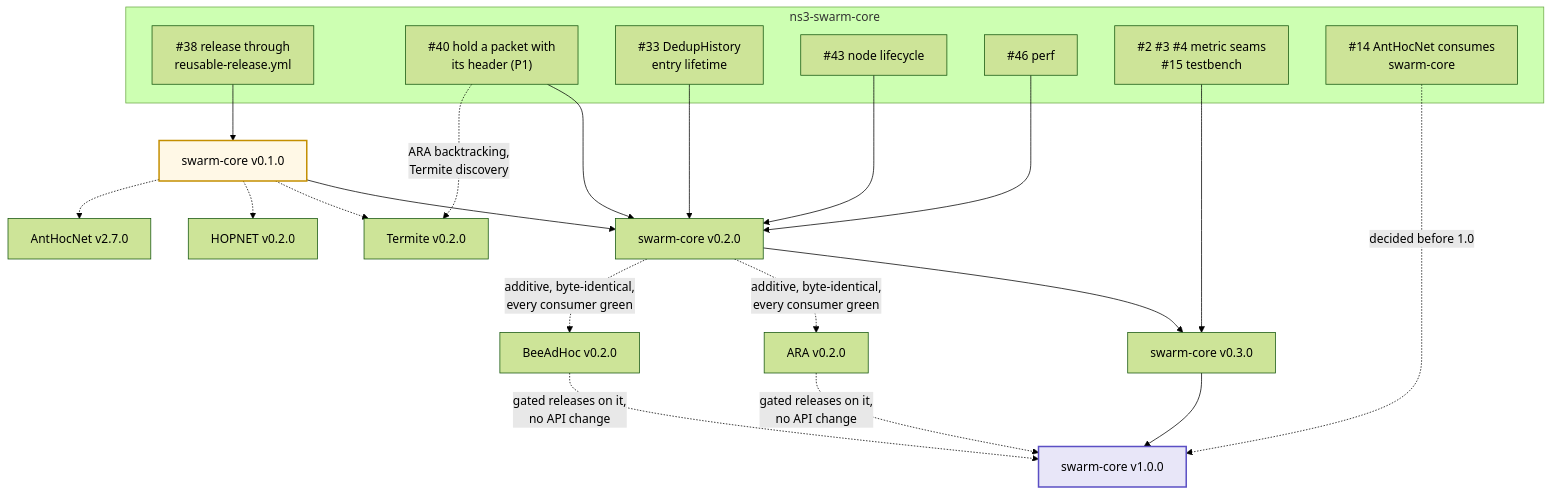
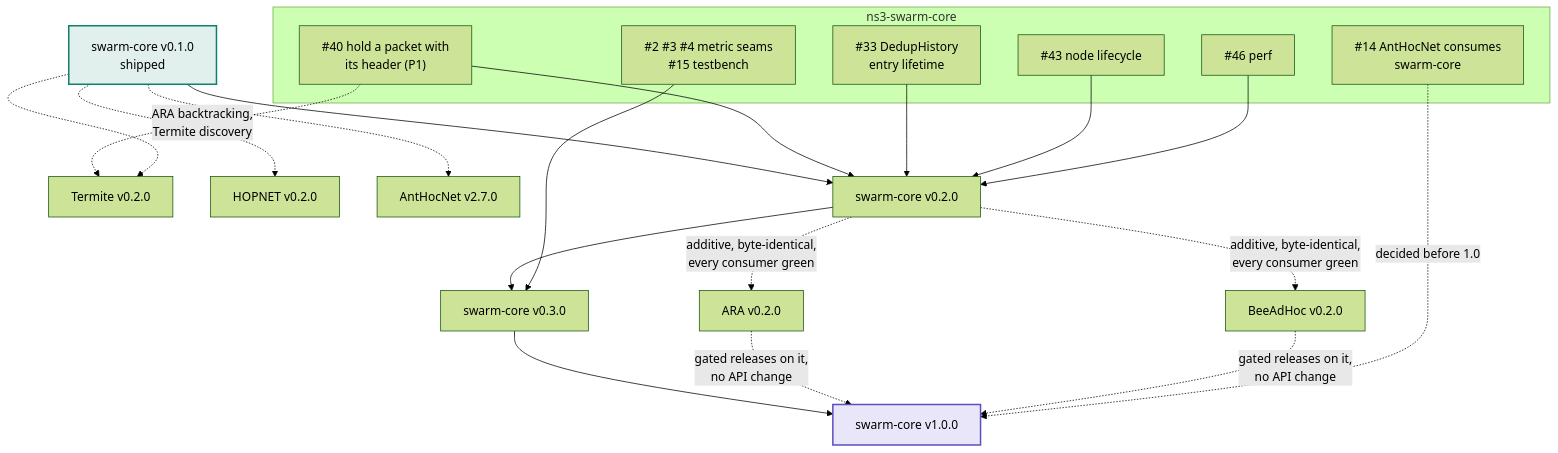
The second of 2 diagrams in docs/roadmap.md (swarm-routing/ns3-swarm-core), drawn with Mermaid (forest theme) before and after one commit. The commit also changed other lines of this file, not shown here.

First line of the commit message:
docs(roadmap): v0.1.0 shipped

````diff
--- a/docs/roadmap.md
+++ b/docs/roadmap.md
@@ -63,34 +67,32 @@
 ```mermaid
 flowchart TB
     subgraph SC["ns3-swarm-core"]
-        I38["#38 release through<br/>reusable-release.yml"]
         I40["#40 hold a packet with<br/>its header (P1)"]
         I33["#33 DedupHistory<br/>entry lifetime"]
         I43["#43 node lifecycle"]
         I46["#46 perf"]
         MET["#2 #3 #4 metric seams<br/>#15 testbench"]
         I14["#14 AntHocNet consumes<br/>swarm-core"]
     end
 
     ARA["ARA v0.2.0"]
     BEE["BeeAdHoc v0.2.0"]
     TER["Termite v0.2.0"]
     HOP["HOPNET v0.2.0"]
     AHN["AntHocNet v2.7.0"]
 
-    I38 --> V01["swarm-core v0.1.0"]
-    V01 --> V02["swarm-core v0.2.0"]
+    V01["swarm-core v0.1.0<br/>shipped"] --> V02["swarm-core v0.2.0"]
     I40 & I33 & I43 & I46 --> V02
     V02 --> V03["swarm-core v0.3.0"]
     MET --> V03
     V03 --> V10["swarm-core v1.0.0"]
     ARA & BEE -.->|"gated releases on it,<br/>no API change"| V10
     I14 -.->|"decided before 1.0"| V10
     V02 -.->|"additive, byte-identical,<br/>every consumer green"| ARA & BEE
     I40 -.->|"ARA backtracking,<br/>Termite discovery"| TER
     V01 -.-> TER & HOP
     V01 -.-> AHN
 
-    style V01 fill:#fff8e6,stroke:#c48f00,stroke-width:2px
+    style V01 fill:#e2f0ed,stroke:#0f7f70,stroke-width:2px
     style V10 fill:#e8e6f8,stroke:#5b4fc4,stroke-width:2px
 ```
````
